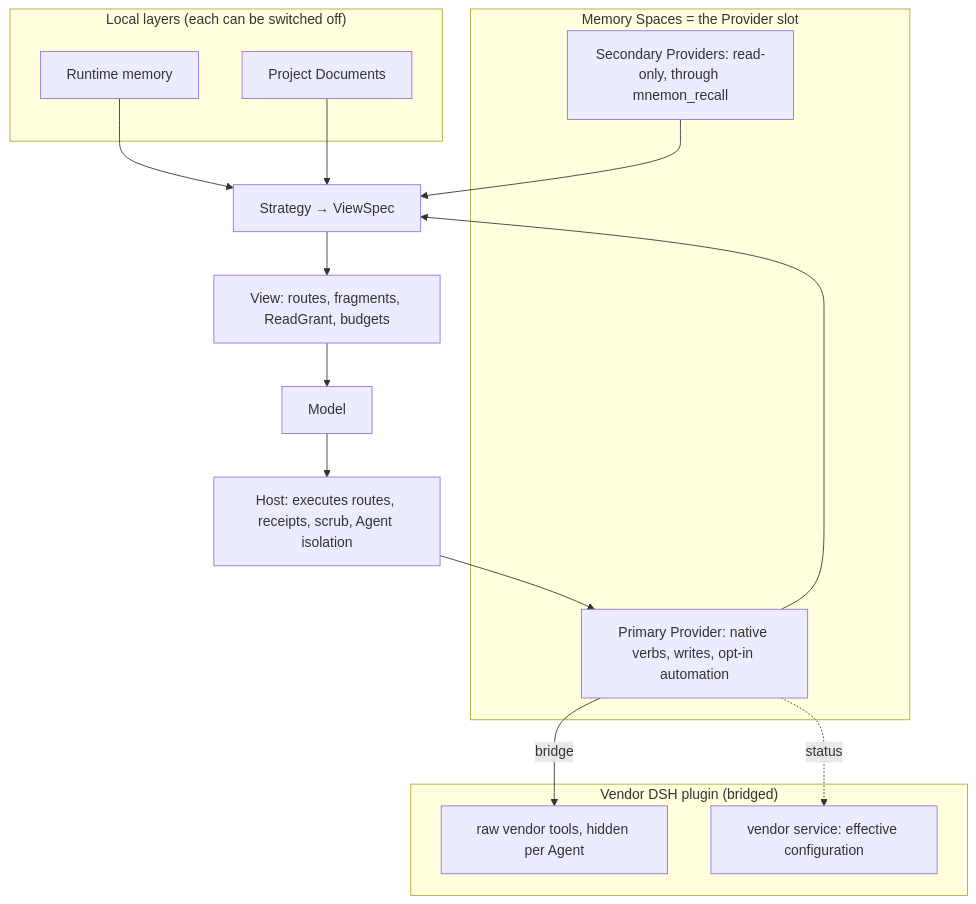
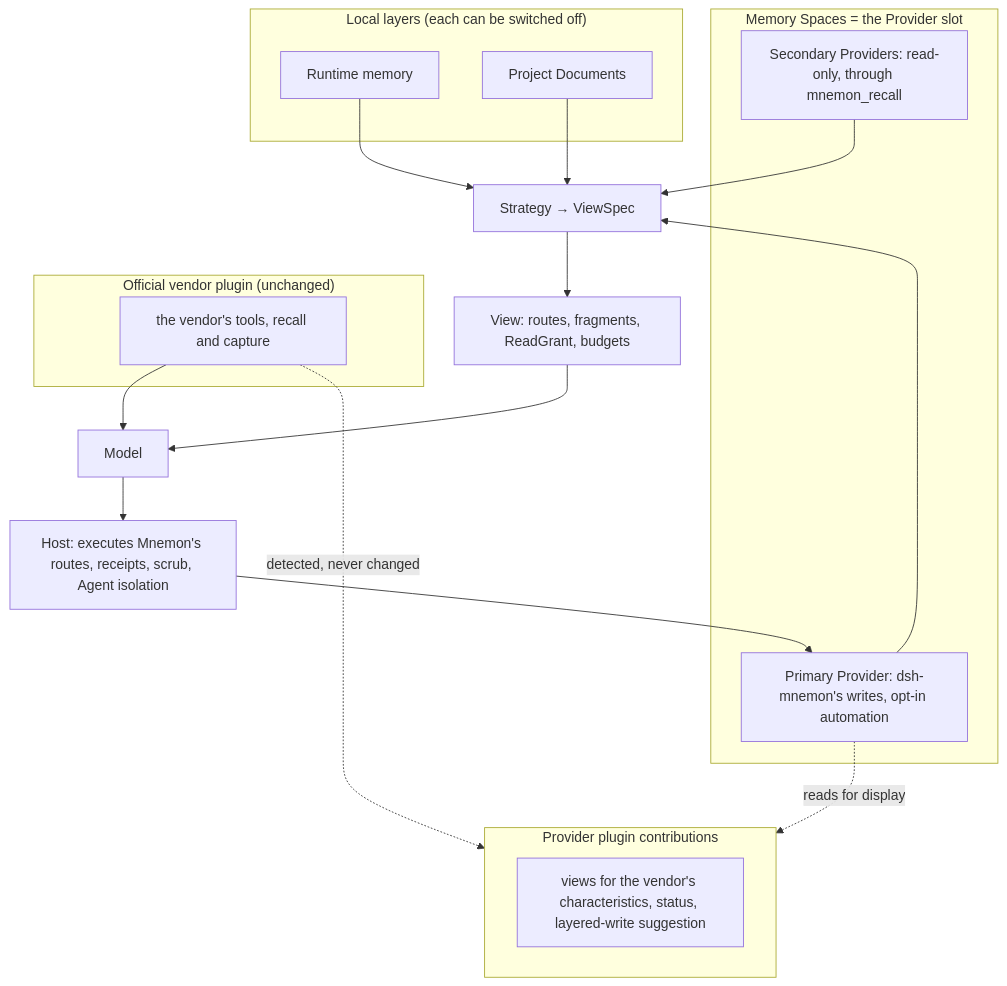
The diagram in docs/plans/memory-provider-strategy.md (LAN-SHH/dsh-mnemon), drawn with Mermaid before and after one commit. The commit also changed other lines of this file and 1 other file, not shown here.

First line of the commit message:
docs(plans): leave official vendor plugins as shipped

````diff
--- a/docs/plans/memory-provider-strategy.md
+++ b/docs/plans/memory-provider-strategy.md
@@ -78,25 +93,28 @@
 ```mermaid
 flowchart TB
   subgraph Local["Local layers (each can be switched off)"]
     RT["Runtime memory"]
     DOC["Project Documents"]
   end
   subgraph Slot["Memory Spaces = the Provider slot"]
-    P["Primary Provider: native verbs, writes, opt-in automation"]
+    P["Primary Provider: dsh-mnemon's writes, opt-in automation"]
     S["Secondary Providers: read-only, through mnemon_recall"]
   end
-  subgraph Vendor["Vendor DSH plugin (bridged)"]
-    VT["raw vendor tools, hidden per Agent"]
-    VS["vendor service: effective configuration"]
+  subgraph Official["Official vendor plugin (unchanged)"]
+    VT["the vendor's tools, recall and capture"]
+  end
+  subgraph Views["Provider plugin contributions"]
+    V["views for the vendor's characteristics, status, layered-write suggestion"]
   end
   RT --> Strategy["Strategy → ViewSpec"]
   DOC --> Strategy
   P --> Strategy
   S --> Strategy
   Strategy --> View["View: routes, fragments, ReadGrant, budgets"]
   View --> Model["Model"]
-  Model --> Host["Host: executes routes, receipts, scrub, Agent isolation"]
+  VT --> Model
+  Model --> Host["Host: executes Mnemon's routes, receipts, scrub, Agent isolation"]
   Host --> P
-  P -- bridge --> VT
-  P -. status .-> VS
+  P -. reads for display .-> Views
+  VT -. detected, never changed .-> Views
 ```
````
